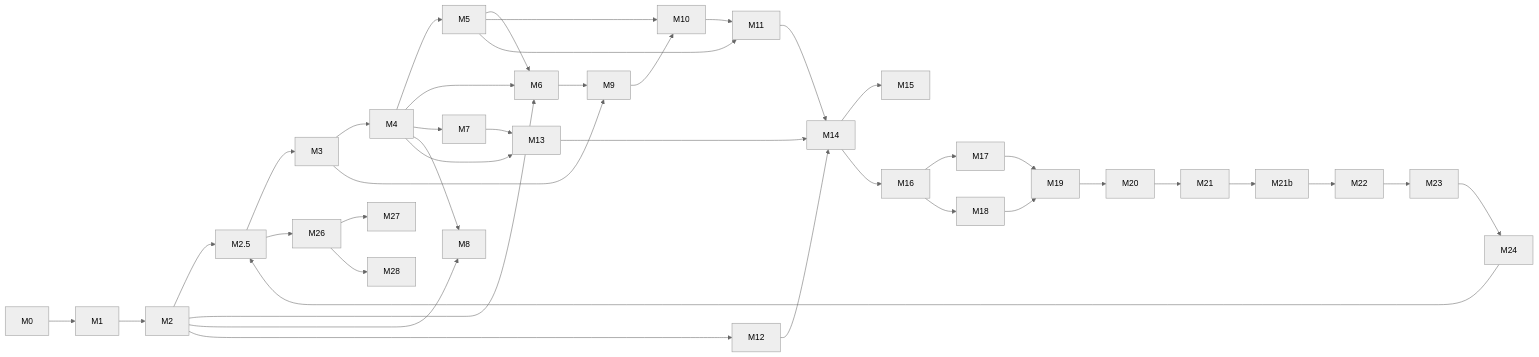
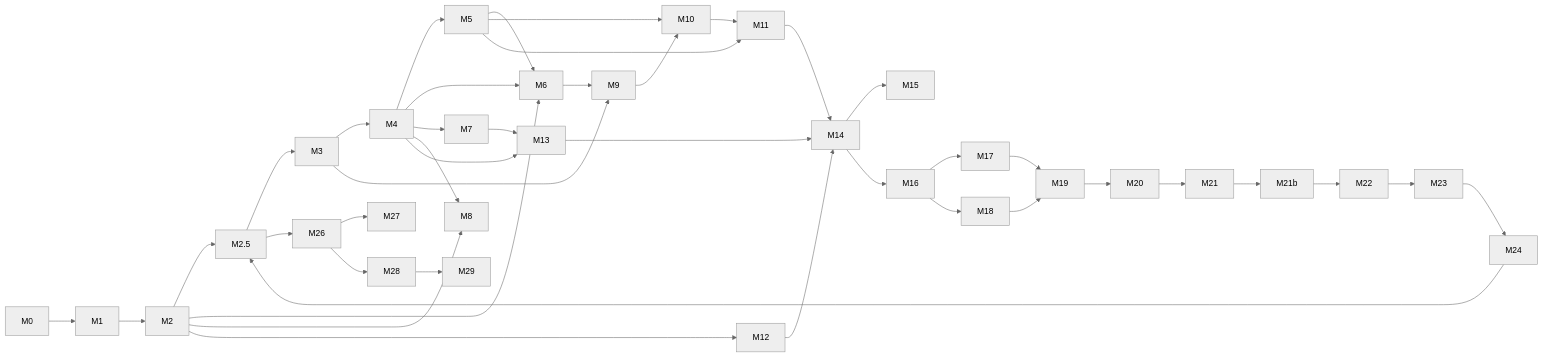
One commit to vundavallibalakrishna/agentic-runtime changed the diagram in docs/09-plan/README.md. Above: the diagram before and after it, drawn with Mermaid (neutral theme). The commit also changed other lines of this file and 91 other files, not shown here.

````diff
--- a/docs/09-plan/README.md
+++ b/docs/09-plan/README.md
@@ -58,30 +59,30 @@
 ```mermaid
 flowchart LR
   M0 --> M1 --> M2 --> M25[M2.5] --> M3 --> M4 --> M5
   M2 --> M6
   M4 --> M6
   M5 --> M6
   M4 --> M7
   M2 --> M8
   M4 --> M8
   M3 --> M9
   M6 --> M9
   M5 --> M10
   M9 --> M10
   M5 --> M11
   M10 --> M11
   M2 --> M12
   M4 --> M13
   M7 --> M13
   M11 --> M14
   M12 --> M14
   M13 --> M14
   M14 --> M15
   M14 --> M16
   M16 --> M17
   M16 --> M18
   M17 --> M19
   M18 --> M19
   M19 --> M20 --> M21 --> M21b[M21b] --> M22 --> M23 --> M24 --> M25 --> M26 --> M27
-  M26 --> M28
+  M26 --> M28 --> M29
 ```
````
